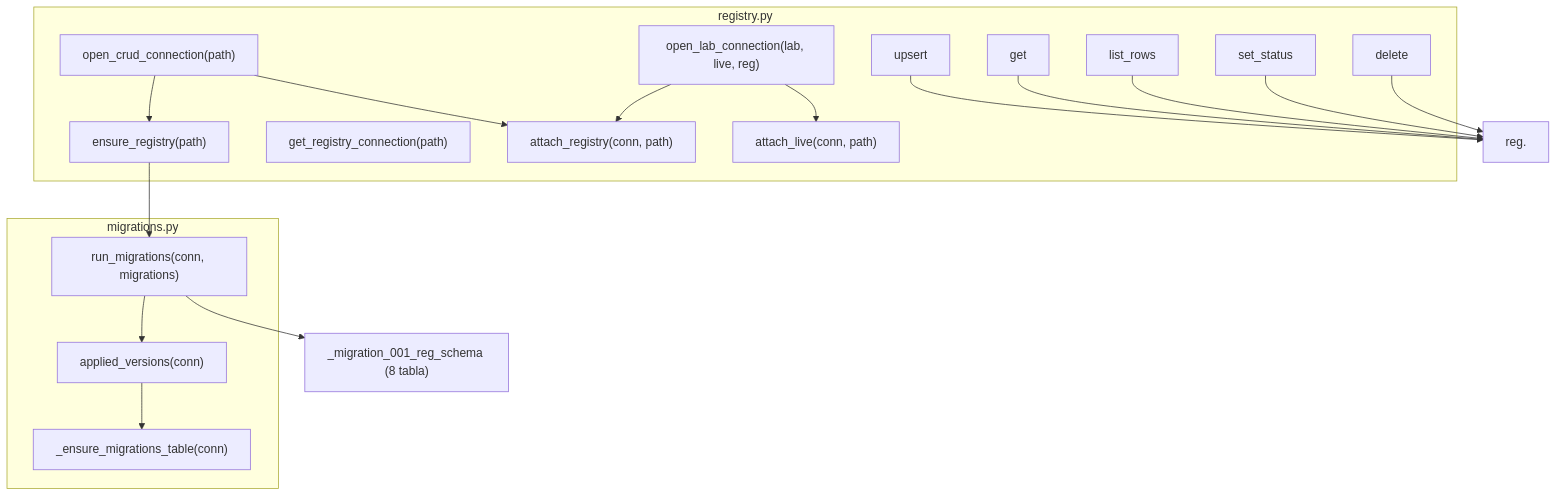
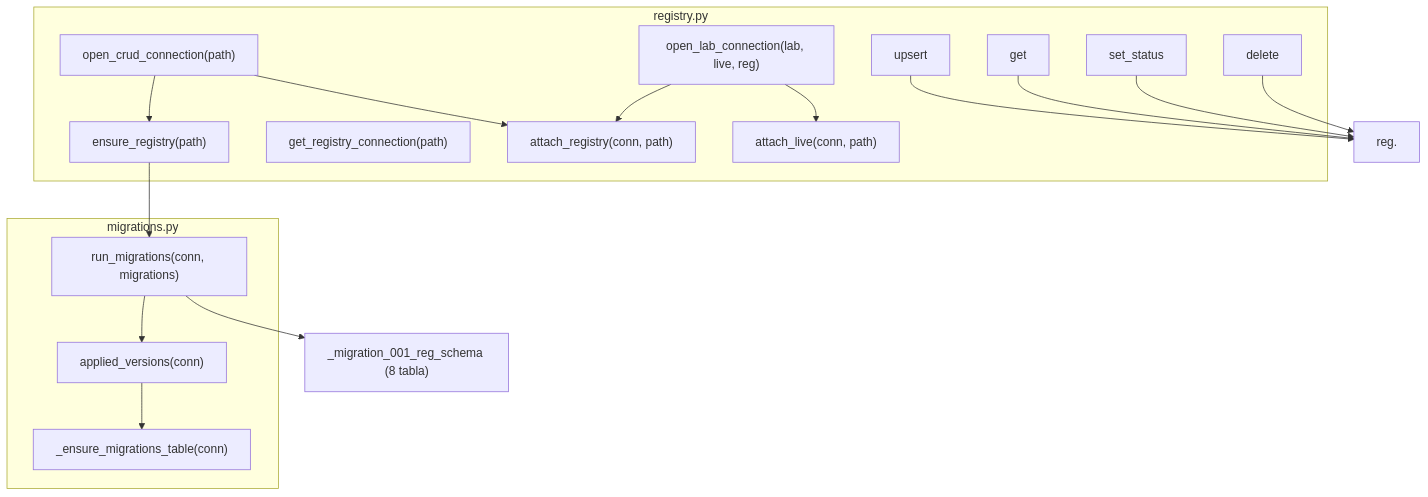
The first of 4 diagrams in _doc_/database_and_code_doc/1510_registry_code.md (Nemesis14/chronoquant), drawn with Mermaid before and after one commit. The commit also changed other lines of this file and 1008 other files, not shown here.

````diff
--- a/_doc_/database_and_code_doc/1510_registry_code.md
+++ b/_doc_/database_and_code_doc/1510_registry_code.md
@@ -21,30 +21,29 @@
 ```mermaid
 flowchart TD
   subgraph migrations.py
     RM["run_migrations(conn, migrations)"]
     AV["applied_versions(conn)"]
     EMT["_ensure_migrations_table(conn)"]
   end
   subgraph registry.py
     ER["ensure_registry(path)"]
     GRC["get_registry_connection(path)"]
     OCC["open_crud_connection(path)"]
     ATR["attach_registry(conn, path)"]
     ATL["attach_live(conn, path)"]
     OLC["open_lab_connection(lab, live, reg)"]
     UP["upsert"]
     GET["get"]
-    LST["list_rows"]
     SS["set_status"]
     DEL["delete"]
   end
 
   ER --> RM
   RM --> AV --> EMT
   RM --> M1["_migration_001_reg_schema (8 tabla)"]
   OCC --> ER
   OCC --> ATR
   OLC --> ATL
   OLC --> ATR
-  UP & GET & LST & SS & DEL --> REGDB["reg.<table>"]
+  UP & GET & SS & DEL --> REGDB["reg.<table>"]
 ```
````
